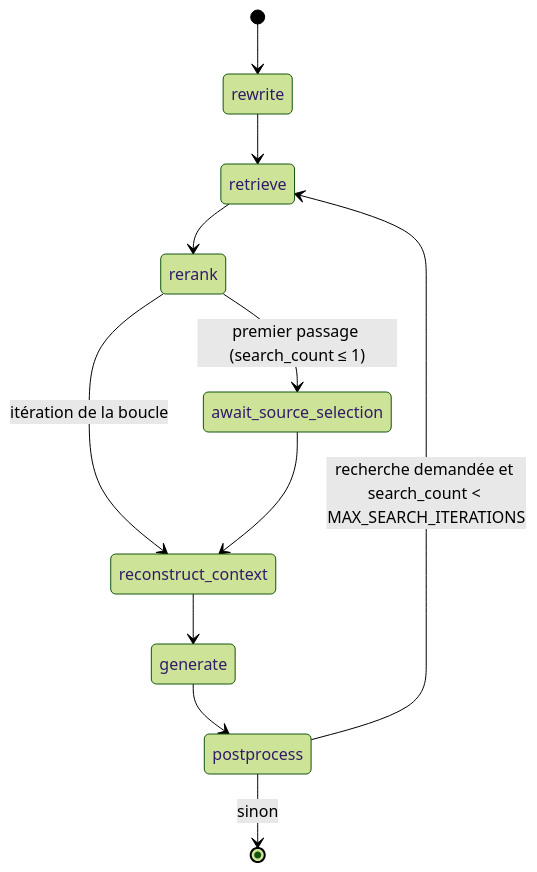
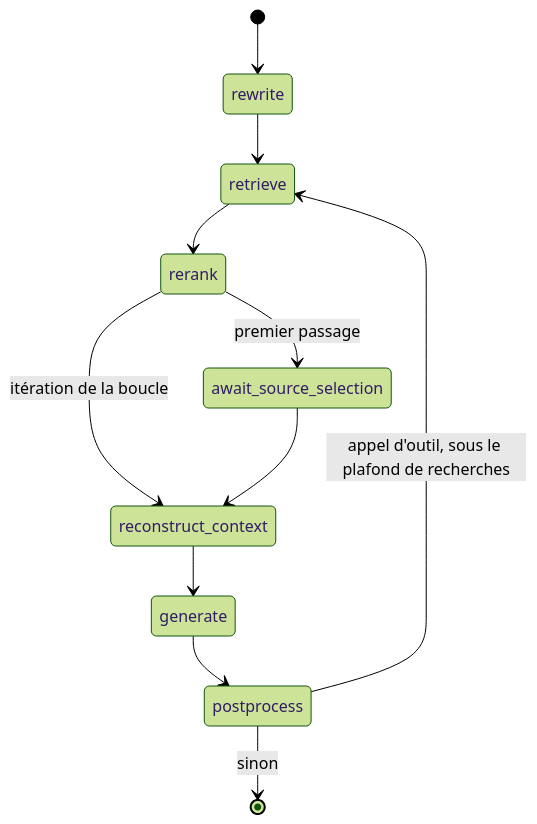
One commit to floSa/RAG-Agent-Chat changed the first of 2 diagrams in documentation/agent_architecture.md. Above: the diagram before and after it, drawn with Mermaid (forest theme). The commit also changed other lines of this file and 1 other file, not shown here.

Commit message:
docs: schemas Mermaid sans tournure fragile, conditions du graphe reportees dans la table

````diff
--- a/documentation/agent_architecture.md
+++ b/documentation/agent_architecture.md
@@ -11,13 +11,13 @@
 ```mermaid
 stateDiagram-v2
     [*] --> rewrite
     rewrite --> retrieve
     retrieve --> rerank
-    rerank --> await_source_selection: premier passage (search_count ≤ 1)
+    rerank --> await_source_selection: premier passage
     rerank --> reconstruct_context: itération de la boucle
     await_source_selection --> reconstruct_context
     reconstruct_context --> generate
     generate --> postprocess
-    postprocess --> retrieve: recherche demandée et search_count < MAX_SEARCH_ITERATIONS
+    postprocess --> retrieve: appel d'outil, sous le plafond de recherches
     postprocess --> [*]: sinon
 ```
````
